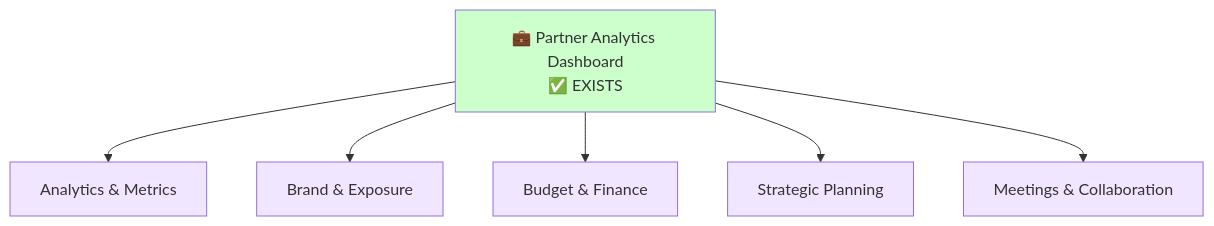
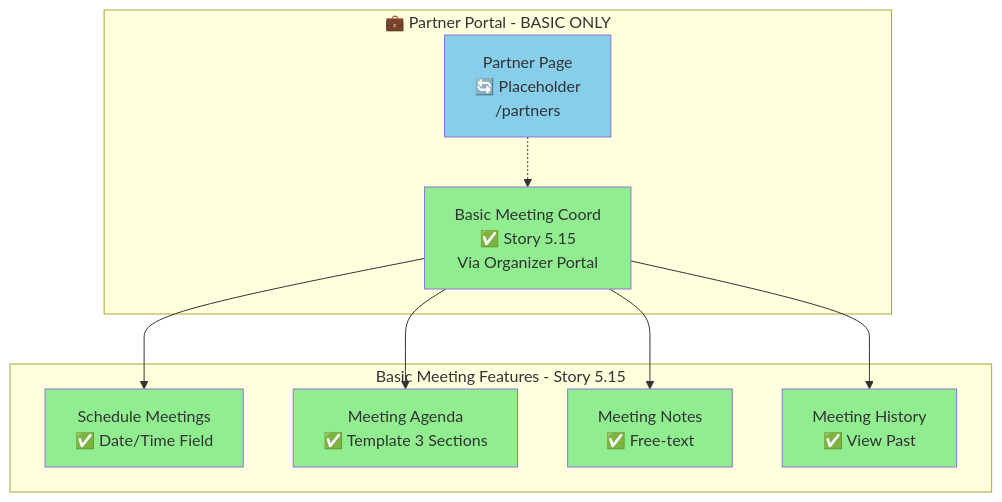
Before and after one commit to nissimbuchs/BATbern2: the tenth of 28 diagrams in docs/wireframes/sitemap-mermaid.md, drawn with Mermaid. The commit also changed other lines of this file and 1008 other files, not shown here.

````diff
--- a/docs/wireframes/sitemap-mermaid.md
+++ b/docs/wireframes/sitemap-mermaid.md
@@ -260,17 +331,27 @@
 ```mermaid
 graph TB
-    PartnerDash[💼 Partner Analytics Dashboard<br/>✅ EXISTS]
+    subgraph "💼 Partner Portal - BASIC ONLY"
+        PartnerPage[Partner Page<br/>🔄 Placeholder<br/>/partners]
+        BasicMeeting[Basic Meeting Coord<br/>✅ Story 5.15<br/>Via Organizer Portal]
+    end
 
-    PartnerDash --> Analytics[Analytics & Metrics]
-    PartnerDash --> Brand[Brand & Exposure]
-    PartnerDash --> Budget[Budget & Finance]
-    PartnerDash --> Strategic[Strategic Planning]
-    PartnerDash --> Meetings[Meetings & Collaboration]
+    subgraph "Basic Meeting Features - Story 5.15"
+        Schedule[Schedule Meetings<br/>✅ Date/Time Field]
+        Agenda[Meeting Agenda<br/>✅ Template 3 Sections]
+        Notes[Meeting Notes<br/>✅ Free-text]
+        History[Meeting History<br/>✅ View Past]
+    end
 
-    style PartnerDash fill:#ccffcc
-    style Analytics fill:#f0e6ff
-    style Brand fill:#f0e6ff
-    style Budget fill:#f0e6ff
-    style Strategic fill:#f0e6ff
-    style Meetings fill:#f0e6ff
+    PartnerPage -.-> BasicMeeting
+    BasicMeeting --> Schedule
+    BasicMeeting --> Agenda
+    BasicMeeting --> Notes
+    BasicMeeting --> History
+
+    style PartnerPage fill:#87CEEB
+    style BasicMeeting fill:#90EE90
+    style Schedule fill:#90EE90
+    style Agenda fill:#90EE90
+    style Notes fill:#90EE90
+    style History fill:#90EE90
 ```
````
